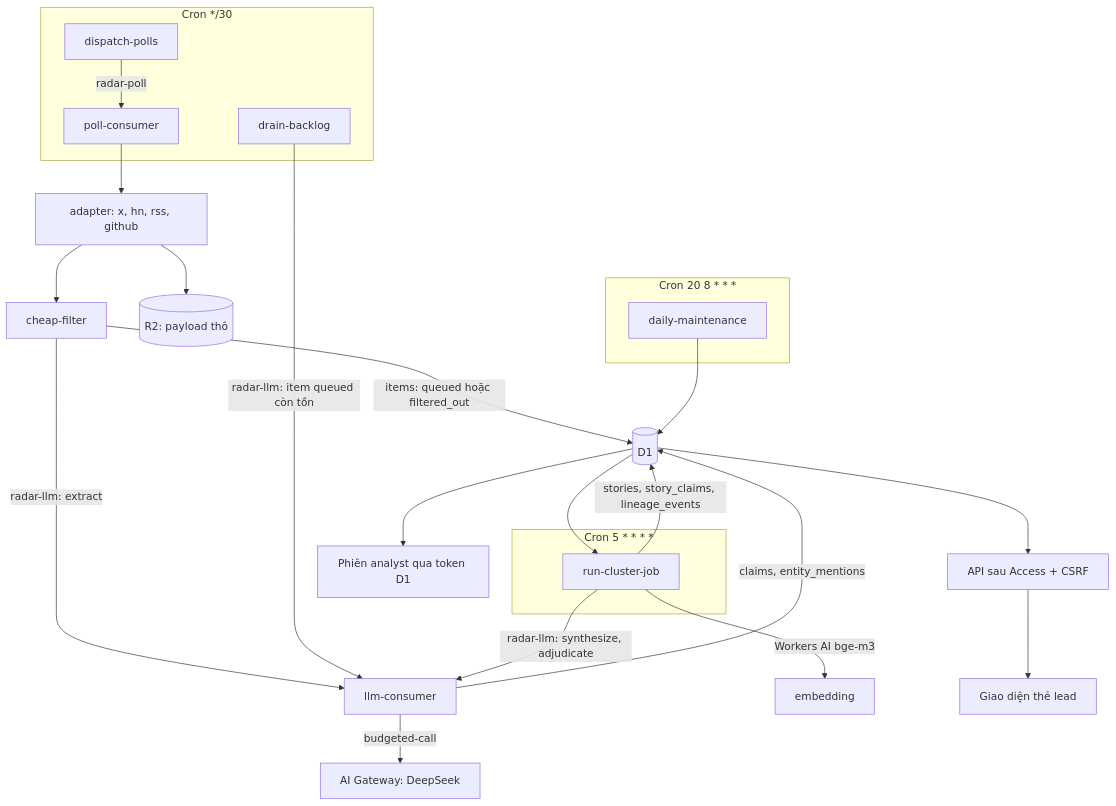
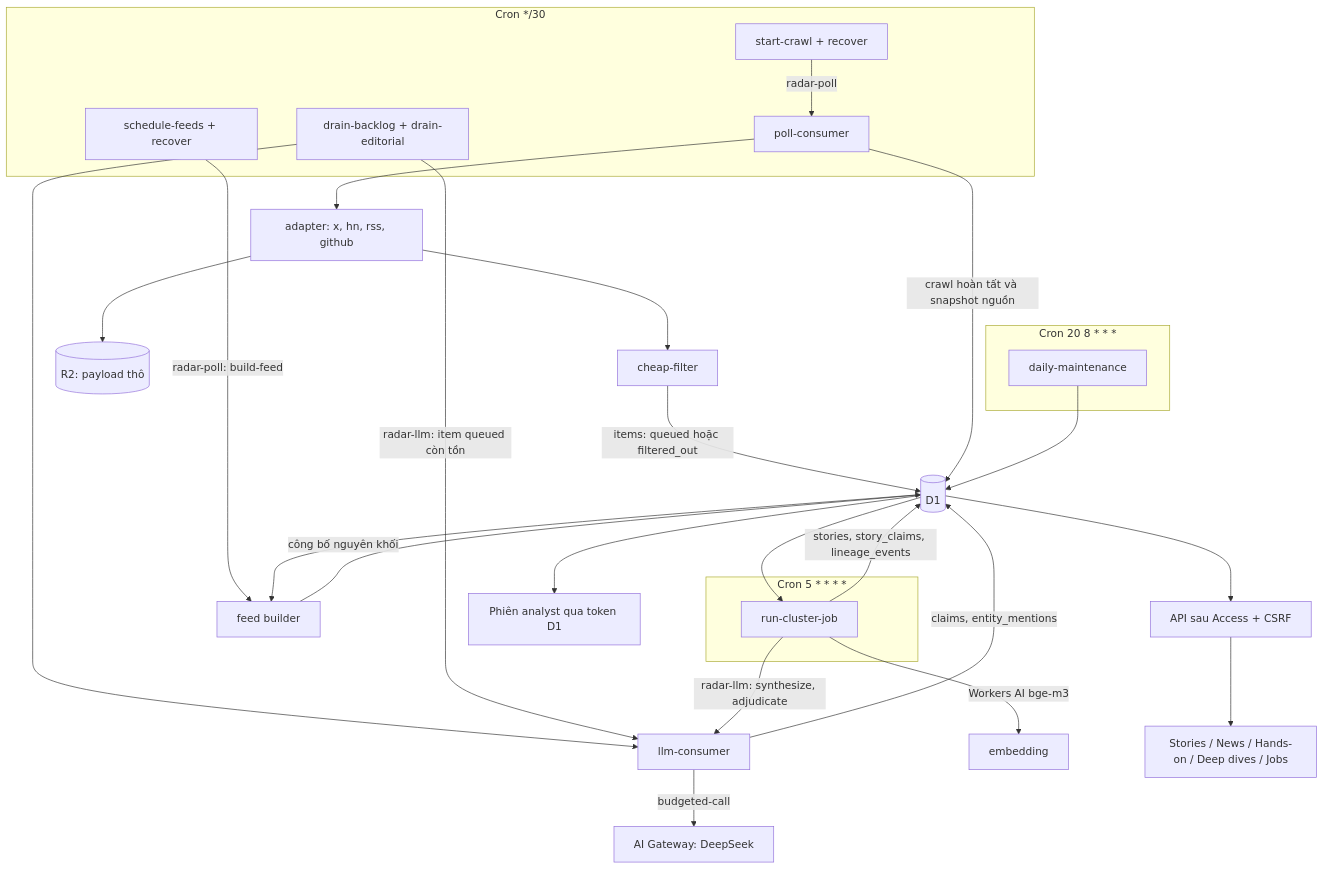
The diagram in docs/architecture.md (dijnie/content-radar), drawn with Mermaid before and after one commit. The commit also changed other lines of this file and 74 other files, not shown here.

Commit message:
feat: add editorial feeds and durable crawl jobs

````diff
--- a/docs/architecture.md
+++ b/docs/architecture.md
@@ -7,28 +7,33 @@
 ```mermaid
 flowchart TD
   subgraph "Cron */30"
-    D[dispatch-polls] -->|radar-poll| P[poll-consumer]
-    DR[drain-backlog]
+    D[start-crawl + recover] -->|radar-poll| P[poll-consumer]
+    DR[drain-backlog + drain-editorial]
+    FS[schedule-feeds + recover]
   end
   P --> AD[adapter: x, hn, rss, github]
   AD --> R2[(R2: payload thô)]
   AD --> F[cheap-filter]
   F -->|items: queued hoặc filtered_out| D1[(D1)]
-  F -->|radar-llm: extract| L[llm-consumer]
+  P -->|crawl hoàn tất và snapshot nguồn| D1
+  DR --> L[llm-consumer]
+  FS -->|radar-poll: build-feed| FB[feed builder]
+  D1 --> FB
+  FB -->|công bố nguyên khối| D1
   DR -->|radar-llm: item queued còn tồn| L
   L -->|budgeted-call| G[AI Gateway: DeepSeek]
   L -->|claims, entity_mentions| D1
   subgraph "Cron 5 * * * *"
     C[run-cluster-job]
   end
   D1 --> C
   C -->|Workers AI bge-m3| E[embedding]
   C -->|stories, story_claims, lineage_events| D1
   C -->|radar-llm: synthesize, adjudicate| L
   subgraph "Cron 20 8 * * *"
     M[daily-maintenance]
   end
   M --> D1
-  D1 --> API[API sau Access + CSRF] --> WEB[Giao diện thẻ lead]
+  D1 --> API[API sau Access + CSRF] --> WEB[Stories / News / Hands-on / Deep dives / Jobs]
   D1 --> AN[Phiên analyst qua token D1]
 ```
````
